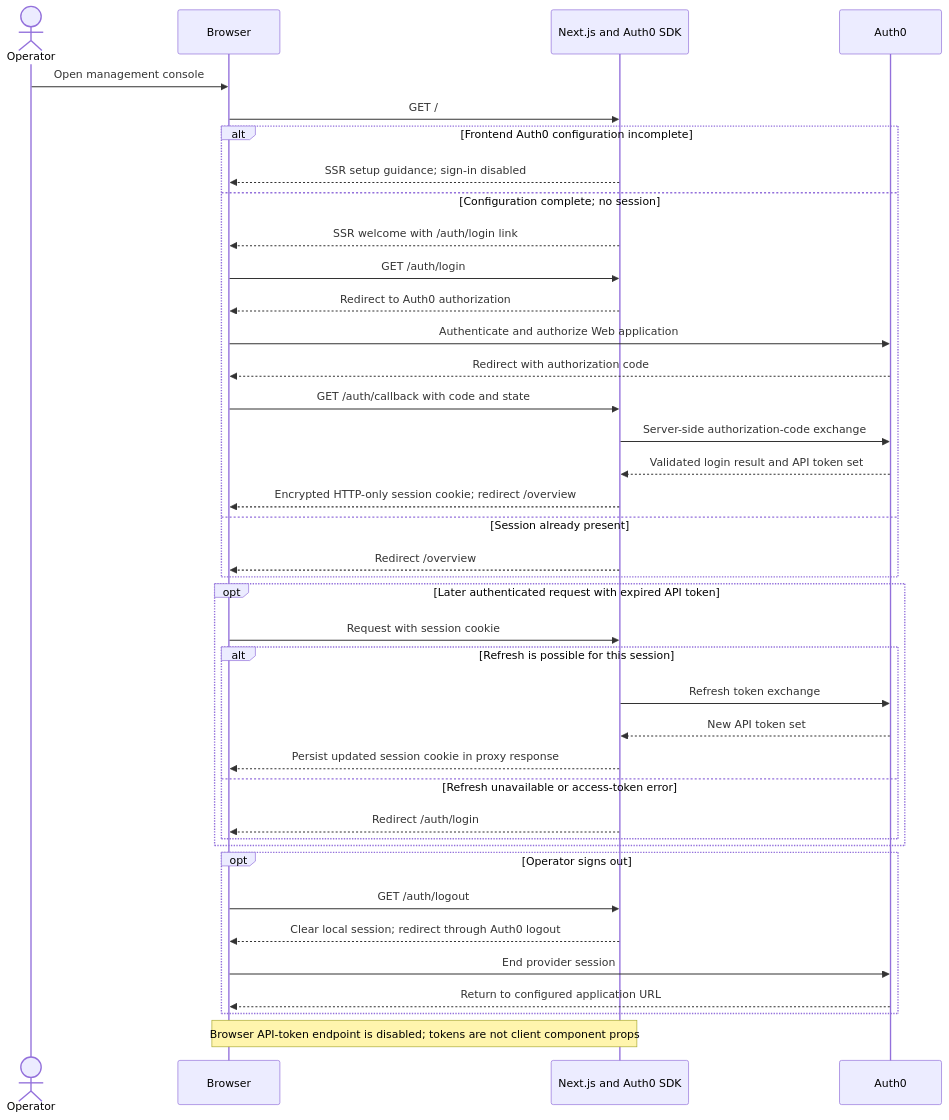
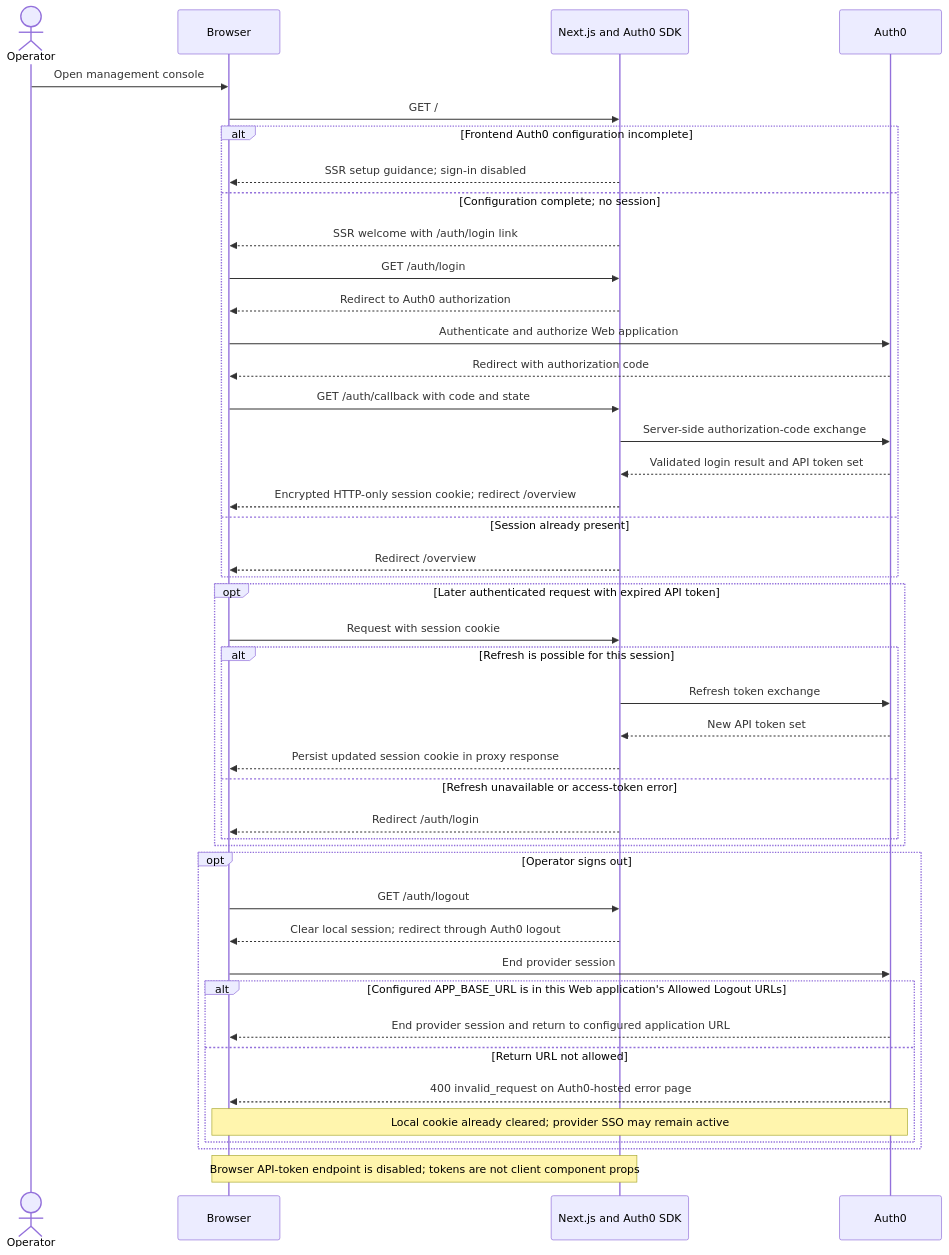
The fourth of 24 diagrams in docs/IMPLEMENTATION_STATUS.md (lucagiorgino/http-logger-collector), drawn with Mermaid before and after one commit. The commit also changed other lines of this file and 7 other files, not shown here.

First line of the commit message:
docs: update architecture and operational guidance

````diff
--- a/docs/IMPLEMENTATION_STATUS.md
+++ b/docs/IMPLEMENTATION_STATUS.md
@@ -309,41 +414,46 @@
 ```mermaid
 sequenceDiagram
     actor User as Operator
     participant Browser
     participant UI as Next.js and Auth0 SDK
     participant IdP as Auth0
     User->>Browser: Open management console
     Browser->>UI: GET /
     alt Frontend Auth0 configuration incomplete
         UI-->>Browser: SSR setup guidance#59; sign-in disabled
     else Configuration complete#59; no session
         UI-->>Browser: SSR welcome with /auth/login link
         Browser->>UI: GET /auth/login
         UI-->>Browser: Redirect to Auth0 authorization
         Browser->>IdP: Authenticate and authorize Web application
         IdP-->>Browser: Redirect with authorization code
         Browser->>UI: GET /auth/callback with code and state
         UI->>IdP: Server-side authorization-code exchange
         IdP-->>UI: Validated login result and API token set
         UI-->>Browser: Encrypted HTTP-only session cookie#59; redirect /overview
     else Session already present
         UI-->>Browser: Redirect /overview
     end
     opt Later authenticated request with expired API token
         Browser->>UI: Request with session cookie
         alt Refresh is possible for this session
             UI->>IdP: Refresh token exchange
             IdP-->>UI: New API token set
             UI-->>Browser: Persist updated session cookie in proxy response
         else Refresh unavailable or access-token error
             UI-->>Browser: Redirect /auth/login
         end
     end
     opt Operator signs out
         Browser->>UI: GET /auth/logout
         UI-->>Browser: Clear local session#59; redirect through Auth0 logout
         Browser->>IdP: End provider session
-        IdP-->>Browser: Return to configured application URL
+        alt Configured APP_BASE_URL is in this Web application's Allowed Logout URLs
+            IdP-->>Browser: End provider session and return to configured application URL
+        else Return URL not allowed
+            IdP-->>Browser: 400 invalid_request on Auth0-hosted error page
+            Note over Browser,IdP: Local cookie already cleared#59; provider SSO may remain active
+        end
     end
     Note over Browser,UI: Browser API-token endpoint is disabled#59; tokens are not client component props
 ```
````
